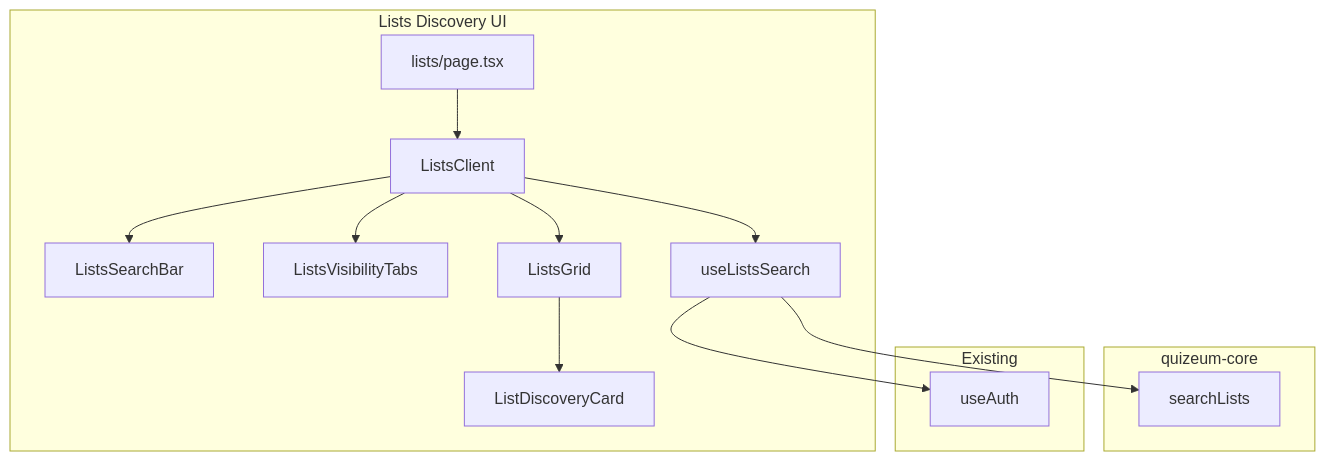
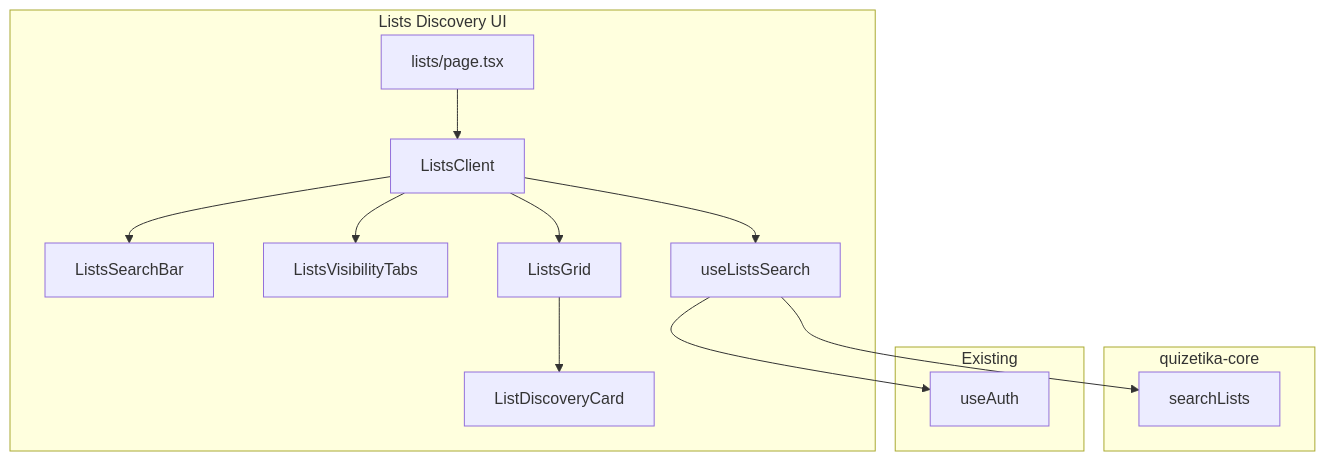
The first of 3 diagrams in .kiro/specs/quizeum-lists-discovery-ui/design.md (npressoworks/quizetika), drawn with Mermaid before and after one commit. The commit also changed other lines of this file and 207 other files, not shown here.

````diff
--- a/.kiro/specs/quizeum-lists-discovery-ui/design.md
+++ b/.kiro/specs/quizeum-lists-discovery-ui/design.md
@@ -66,29 +66,29 @@
 ```mermaid
 graph TD
     subgraph UI [Lists Discovery UI]
         ListsPage[lists/page.tsx]
         ListsClient[ListsClient]
         ListsSearchBar[ListsSearchBar]
         ListsVisibilityTabs[ListsVisibilityTabs]
         ListsGrid[ListsGrid]
         ListDiscoveryCard[ListDiscoveryCard]
         useListsSearch[useListsSearch]
     end
 
-    subgraph Core [quizeum-core]
+    subgraph Core [quizetika-core]
         searchLists[searchLists]
     end
 
     subgraph Auth [Existing]
         useAuth[useAuth]
     end
 
     ListsPage --> ListsClient
     ListsClient --> ListsSearchBar
     ListsClient --> ListsVisibilityTabs
     ListsClient --> ListsGrid
     ListsGrid --> ListDiscoveryCard
     ListsClient --> useListsSearch
     useListsSearch --> searchLists
     useListsSearch --> useAuth
 ```
````
